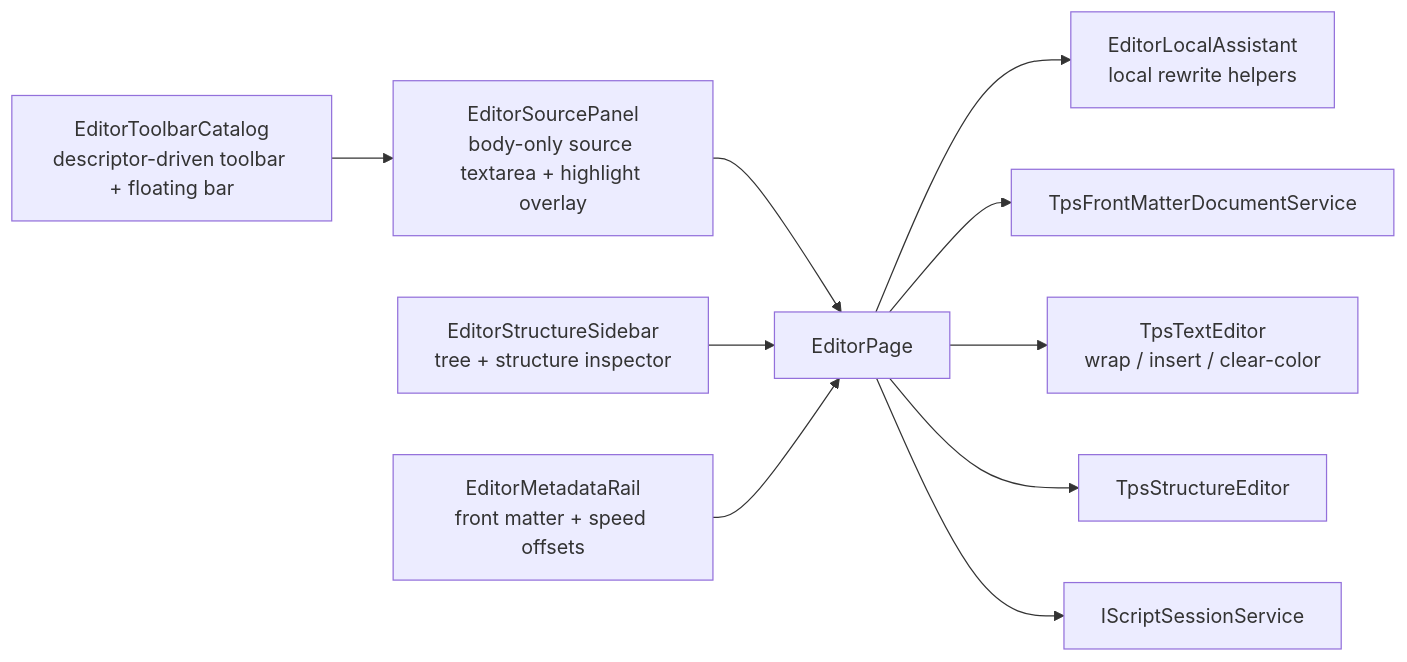
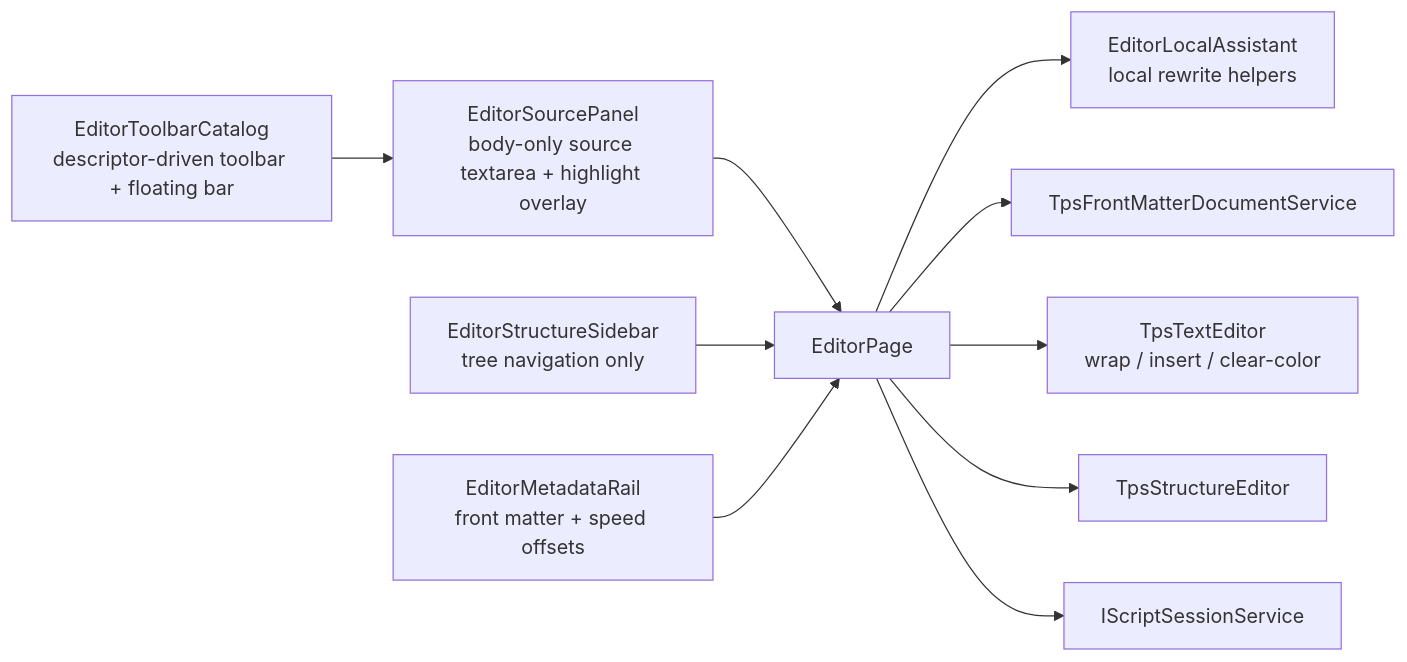
Before and after one commit to managedcode/PrompterLive: the fourth of 9 diagrams in docs/Architecture.md, drawn with Mermaid. The commit also changed other lines of this file and 53 other files, not shown here.

````diff
--- a/docs/Architecture.md
+++ b/docs/Architecture.md
@@ -76,23 +82,23 @@
 ```mermaid
 flowchart LR
     SourcePanel["EditorSourcePanel<br/>body-only source textarea + highlight overlay"]
     ToolbarCatalog["EditorToolbarCatalog<br/>descriptor-driven toolbar + floating bar"]
-    StructureSidebar["EditorStructureSidebar<br/>tree + structure inspector"]
+    StructureSidebar["EditorStructureSidebar<br/>tree navigation only"]
     MetadataRail["EditorMetadataRail<br/>front matter + speed offsets"]
     LocalAi["EditorLocalAssistant<br/>local rewrite helpers"]
     Page["EditorPage"]
     FrontMatter["TpsFrontMatterDocumentService"]
     TextEditor["TpsTextEditor<br/>wrap / insert / clear-color"]
     StructureEditor["TpsStructureEditor"]
     Session["IScriptSessionService"]
 
     ToolbarCatalog --> SourcePanel
     SourcePanel --> Page
     StructureSidebar --> Page
     MetadataRail --> Page
     Page --> LocalAi
     Page --> FrontMatter
     Page --> TextEditor
     Page --> StructureEditor
     Page --> Session
 ```
````
